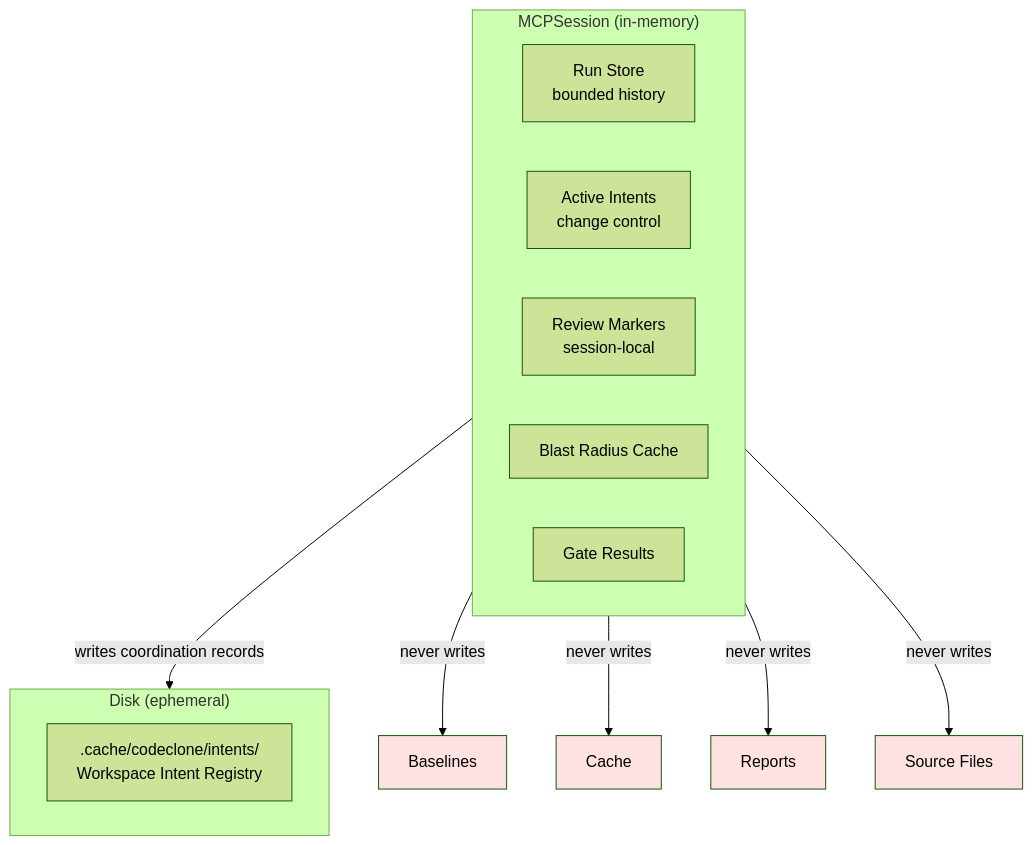
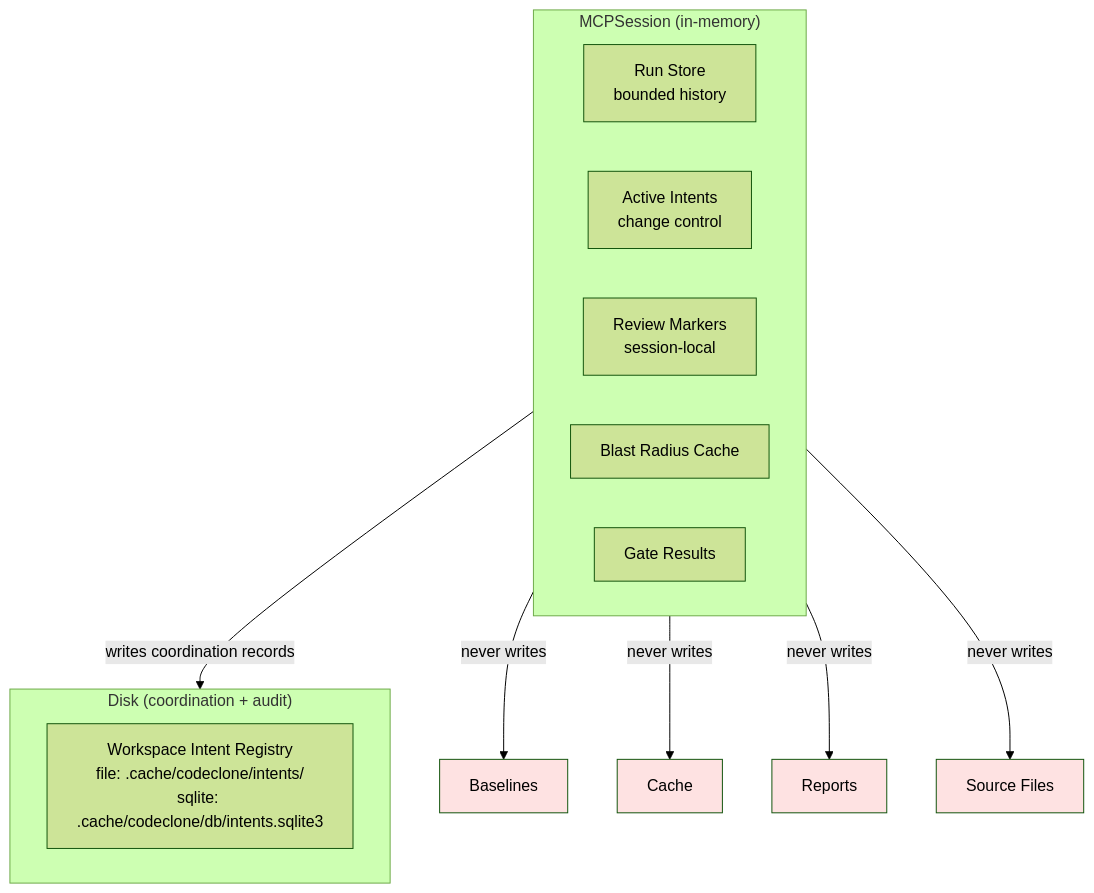
Before and after one commit to orenlab/codeclone: the second of 5 diagrams in docs/mcp.md, drawn with Mermaid (forest theme). The commit also changed other lines of this file and 27 other files, not shown here.

First line of the commit message:
feat(mcp): add auditable SQLite workspace intent registry

````diff
--- a/docs/mcp.md
+++ b/docs/mcp.md
@@ -34,24 +34,24 @@
 ```mermaid
 graph TD
     subgraph MCPSession["MCPSession (in-memory)"]
         RS[Run Store<br/>bounded history]
         AI[Active Intents<br/>change control]
         RM[Review Markers<br/>session-local]
         BRC[Blast Radius Cache]
         GR[Gate Results]
     end
 
-    subgraph Disk["Disk (ephemeral)"]
-        WIR[".cache/codeclone/intents/<br/>Workspace Intent Registry"]
+    subgraph Disk["Disk (coordination + audit)"]
+        WIR["Workspace Intent Registry<br/>file: .cache/codeclone/intents/<br/>sqlite: .cache/codeclone/db/intents.sqlite3"]
     end
 
     MCPSession -->|" writes coordination records "| Disk
     MCPSession -->|" never writes "| BL[Baselines]
     MCPSession -->|" never writes "| CA[Cache]
     MCPSession -->|" never writes "| RP[Reports]
     MCPSession -->|" never writes "| SC[Source Files]
     style BL fill: #fee2e2
     style CA fill: #fee2e2
     style RP fill: #fee2e2
     style SC fill: #fee2e2
 ```
````
